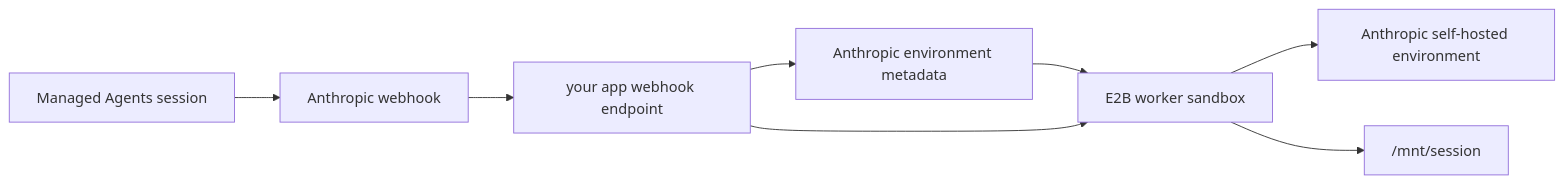
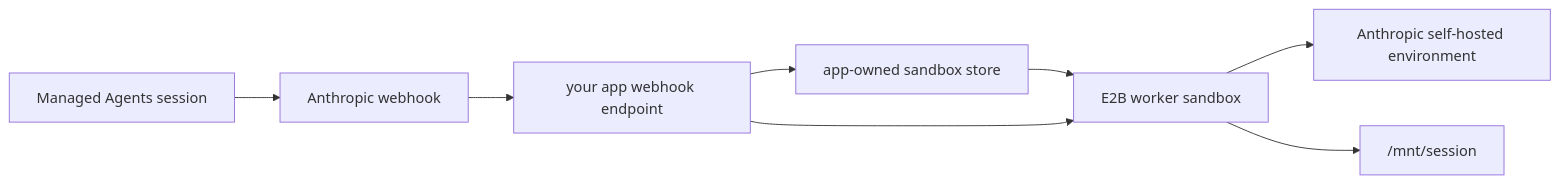
One commit to e2b-dev/e2b-cookbook changed the diagram in examples/anthropic-managed-agents/javascript/app-webhooks/README.md. Above: the diagram before and after it, drawn with Mermaid. The commit also changed other lines of this file and 18 other files, not shown here.

````diff
--- a/examples/anthropic-managed-agents/javascript/app-webhooks/README.md
+++ b/examples/anthropic-managed-agents/javascript/app-webhooks/README.md
@@ -7,10 +7,10 @@
 ```mermaid
 flowchart LR
     session["Managed Agents session"] --> webhook["Anthropic webhook"]
     webhook --> app["your app webhook endpoint"]
-    app --> metadata["Anthropic environment metadata"]
-    metadata --> sandbox["E2B worker sandbox"]
+    app --> store["app-owned sandbox store"]
+    store --> sandbox["E2B worker sandbox"]
     app --> sandbox
     sandbox --> env["Anthropic self-hosted environment"]
     sandbox --> workdir["/mnt/session"]
 ```
````
